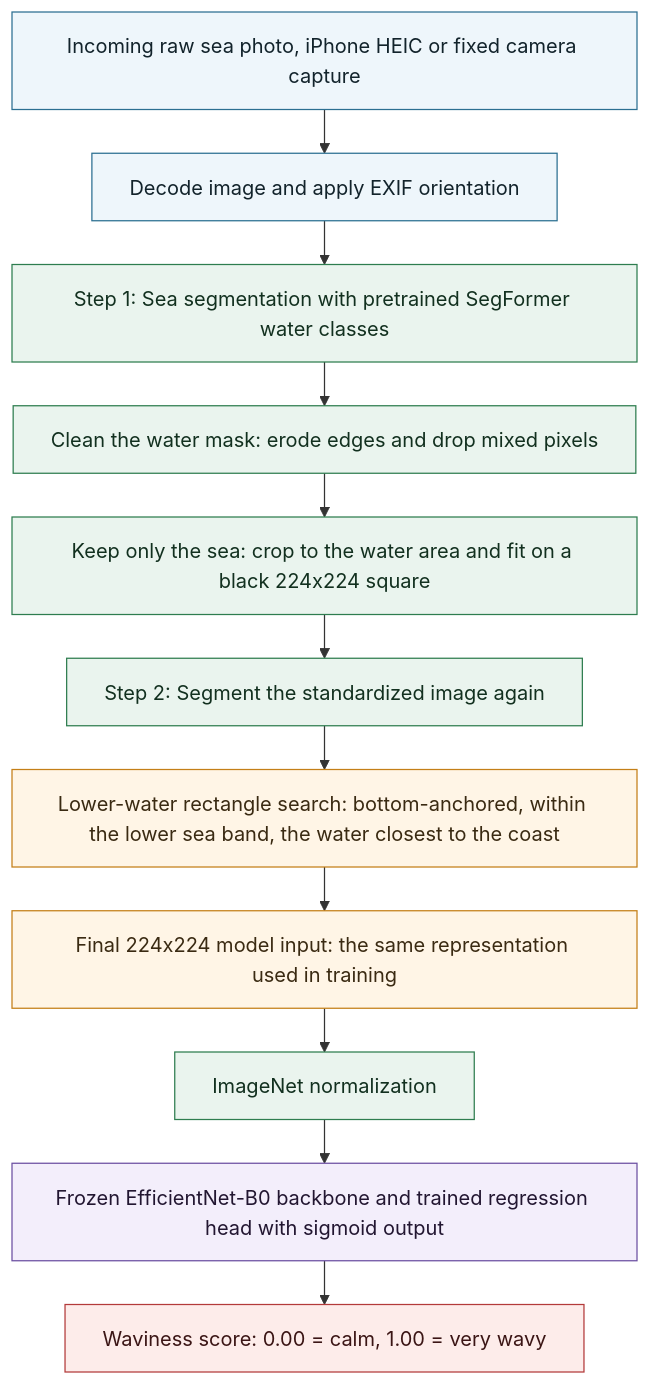
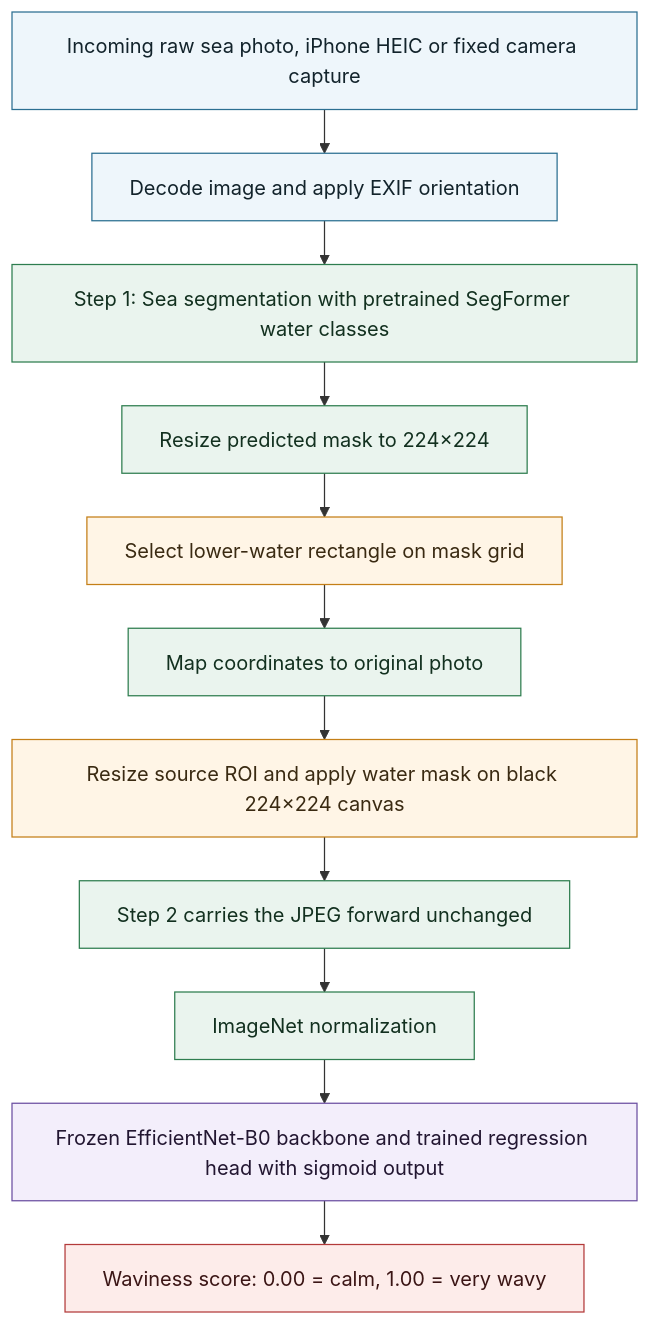
One commit to kubilaycaglayan/wave-regression-model changed the first of 2 diagrams in documents/pipeline-flow.md. Above: the diagram before and after it, drawn with Mermaid. The commit also changed other lines of this file and 18 other files, not shown here.

````diff
--- a/documents/pipeline-flow.md
+++ b/documents/pipeline-flow.md
@@ -19,26 +19,26 @@
 ```mermaid
 %%{init: {"flowchart": {"nodeSpacing": 30, "rankSpacing": 35, "wrappingWidth": 440}}}%%
 flowchart TD
     RAW["Incoming raw sea photo, iPhone HEIC or fixed camera capture"] --> DECODE["Decode image and apply EXIF orientation"]
     DECODE --> SEG1["Step 1: Sea segmentation with pretrained SegFormer water classes"]
-    SEG1 --> CLEAN["Clean the water mask: erode edges and drop mixed pixels"]
-    CLEAN --> STD["Keep only the sea: crop to the water area and fit on a black 224x224 square"]
-    STD --> SEG2["Step 2: Segment the standardized image again"]
-    SEG2 --> CROP["Lower-water rectangle search: bottom-anchored, within the lower sea band, the water closest to the coast"]
-    CROP --> INPUT["Final 224x224 model input: the same representation used in training"]
-    INPUT --> NORM["ImageNet normalization"]
+    SEG1 --> GRID["Resize predicted mask to 224×224"]
+    GRID --> CROP["Select lower-water rectangle on mask grid"]
+    CROP --> MAP["Map coordinates to original photo"]
+    MAP --> INPUT["Resize source ROI and apply water mask on black 224×224 canvas"]
+    INPUT --> PASS["Step 2 carries the JPEG forward unchanged"]
+    PASS --> NORM["ImageNet normalization"]
     NORM --> MODEL["Frozen EfficientNet-B0 backbone and trained regression head with sigmoid output"]
     MODEL --> SCORE["Waviness score: 0.00 = calm, 1.00 = very wavy"]
 
     classDef capture fill:#eef6fb,stroke:#2b6f91,color:#12232b;
     classDef process fill:#eaf4ee,stroke:#2e7d4f,color:#12301f;
     classDef key fill:#fff5e6,stroke:#c47f17,color:#3a2a12;
     classDef ml fill:#f3eefb,stroke:#6b4fa1,color:#221631;
     classDef result fill:#fdecea,stroke:#b33a3a,color:#3b1515;
 
     class RAW,DECODE capture;
-    class SEG1,CLEAN,STD,SEG2,NORM process;
+    class SEG1,GRID,MAP,PASS,NORM process;
     class CROP,INPUT key;
     class MODEL ml;
     class SCORE result;
 ```
````
